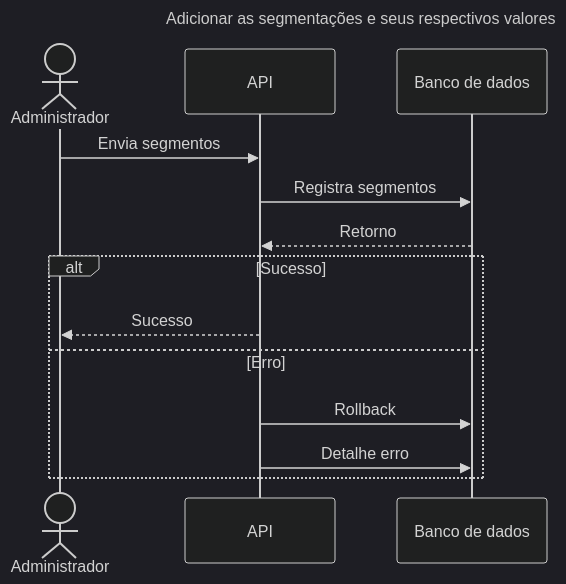
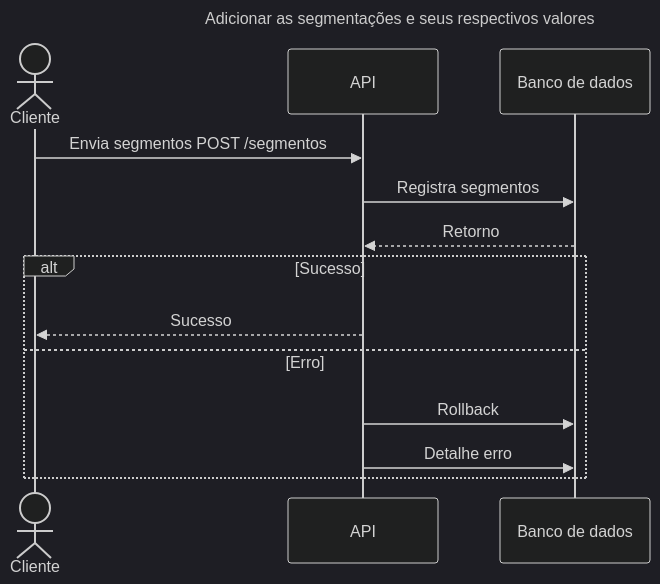
The diagram in designer/diagrams/features/add_segment.md (brgilsonsp/corrida_familia_piba), drawn with Mermaid (dark theme) before and after one commit. The commit also changed 9 other files, not shown here.

````diff
--- a/designer/diagrams/features/add_segment.md
+++ b/designer/diagrams/features/add_segment.md
@@ -1,18 +1,18 @@
 ```mermaid
 sequenceDiagram
     title Adicionar as segmentações e seus respectivos valores
 
-    actor Admin as Administrador
+    actor Client as Cliente
     participant API as API
     participant DB as Banco de dados
 
-    Admin->>API: Envia segmentos
+    Client->>API: Envia segmentos POST /segmentos
     API->>DB: Registra segmentos
     DB-->>API: Retorno
     alt Sucesso
-        API-->>Admin: Sucesso
+        API-->>Client: Sucesso
     else Erro
         API->>DB: Rollback
         API->>DB: Detalhe erro
     end
 ```
````
